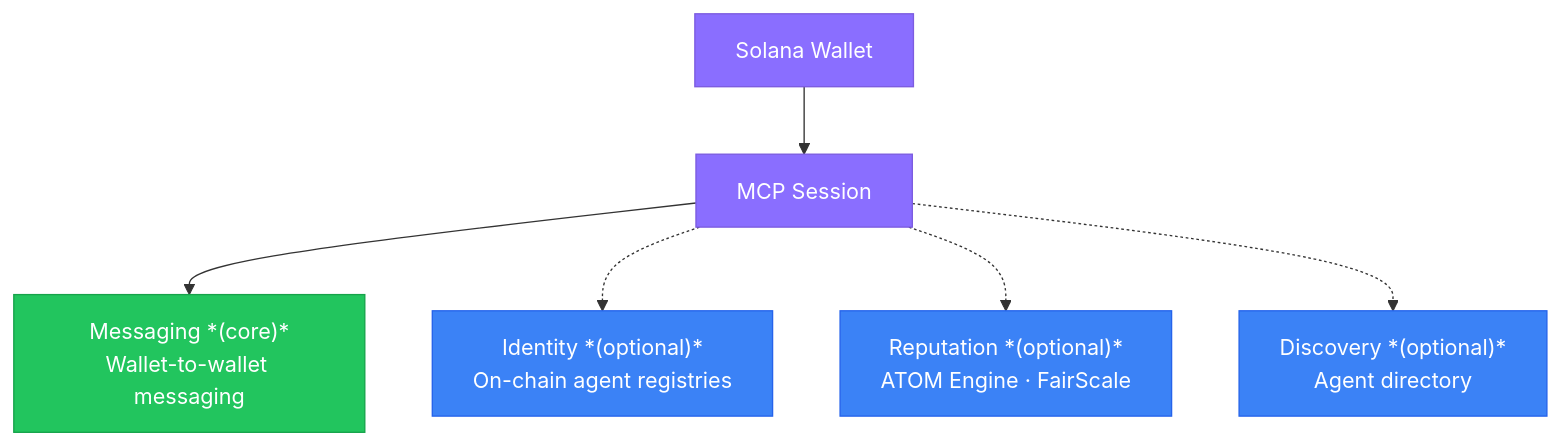
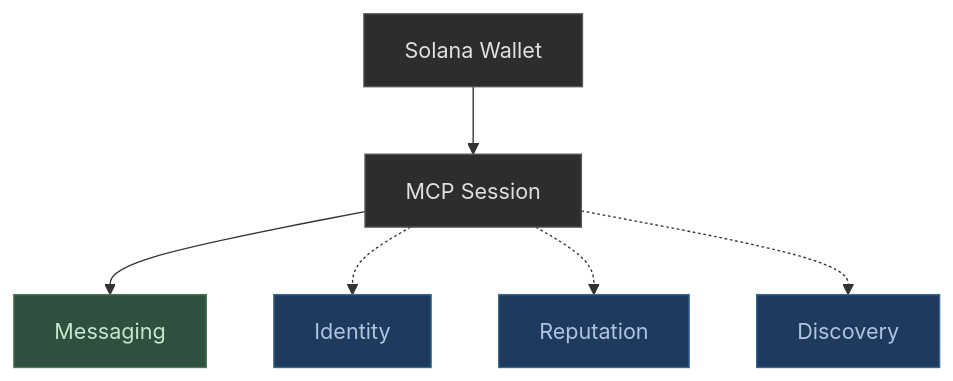
The diagram in README.md (DesideApp/deside-mcp), drawn with Mermaid before and after one commit.

Commit message:
docs: fix Mermaid diagram — neutral colors, clean labels

````diff
--- a/README.md
+++ b/README.md
@@ -20,19 +20,15 @@
 ```mermaid
 flowchart TD
-    W["Solana Wallet"] --> S["MCP Session"]
+    W[Solana Wallet] --> S[MCP Session]
+    S --> M[Messaging]
+    S -.-> I[Identity]
+    S -.-> R[Reputation]
+    S -.-> D[Discovery]
 
-    S --> M["Messaging *(core)*\nWallet-to-wallet messaging"]
-
-    S -.-> I["Identity *(optional)*\nOn-chain agent registries"]
-
-    S -.-> R["Reputation *(optional)*\nATOM Engine · FairScale"]
-
-    S -.-> D["Discovery *(optional)*\nAgent directory"]
-
-    style M fill:#22c55e,color:#fff,stroke:#16a34a
-    style I fill:#3b82f6,color:#fff,stroke:#2563eb
-    style R fill:#3b82f6,color:#fff,stroke:#2563eb
-    style D fill:#3b82f6,color:#fff,stroke:#2563eb
-    style W fill:#8A6EFF,color:#fff,stroke:#7c5ce0
-    style S fill:#8A6EFF,color:#fff,stroke:#7c5ce0
+    style W fill:#2d2d2d,color:#e0e0e0,stroke:#555
+    style S fill:#2d2d2d,color:#e0e0e0,stroke:#555
+    style M fill:#2f4f3f,color:#c8e6c9,stroke:#4a7c59
+    style I fill:#1e3a5f,color:#b0c4de,stroke:#3a6b8c
+    style R fill:#1e3a5f,color:#b0c4de,stroke:#3a6b8c
+    style D fill:#1e3a5f,color:#b0c4de,stroke:#3a6b8c
 ```
````
